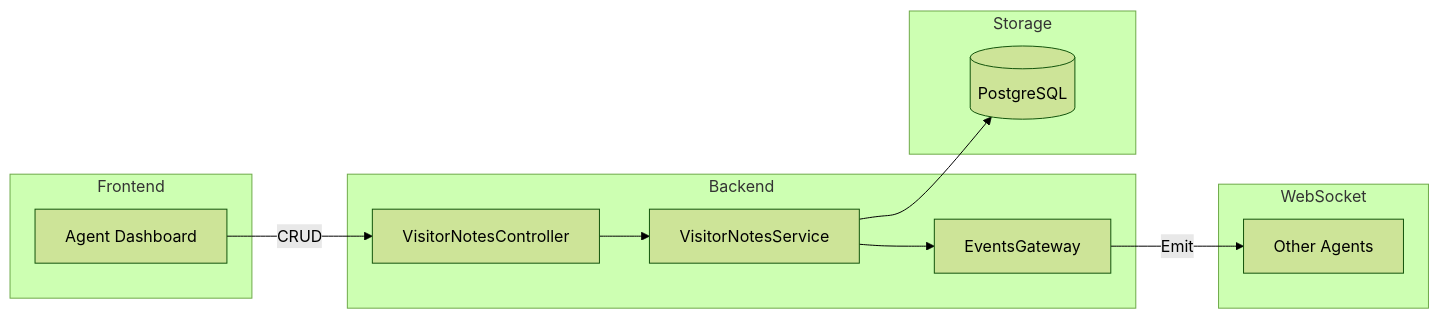
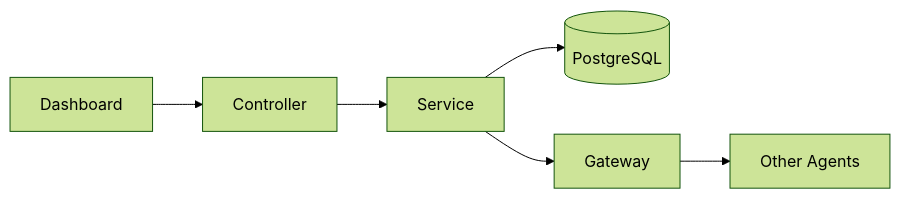
The eighth of 8 diagrams in presentation/pages/hiep.md (doananhhung/livechat), drawn with Mermaid (forest theme) before and after one commit. The commit also changed other lines of this file, not shown here.

````diff
--- a/presentation/pages/hiep.md
+++ b/presentation/pages/hiep.md
@@ -731,23 +346,8 @@
 ```mermaid
 flowchart LR
-    subgraph Frontend["Frontend"]
-        A["Agent Dashboard"]
-    end
-
-    subgraph Backend["Backend"]
-        B["VisitorNotesController"]
-        C["VisitorNotesService"]
-        D["EventsGateway"]
-    end
-
-    subgraph Storage["Storage"]
-        E[("PostgreSQL")]
-    end
-
-    subgraph WebSocket["WebSocket"]
-        F["Other Agents"]
-    end
-
-    A -->|"CRUD"| B --> C --> E
-    C --> D -->|"Emit"| F
+    A[Dashboard] --> B[Controller]
+    B --> C[Service]
+    C --> D[(PostgreSQL)]
+    C --> E[Gateway]
+    E --> F[Other Agents]
 ```
````
